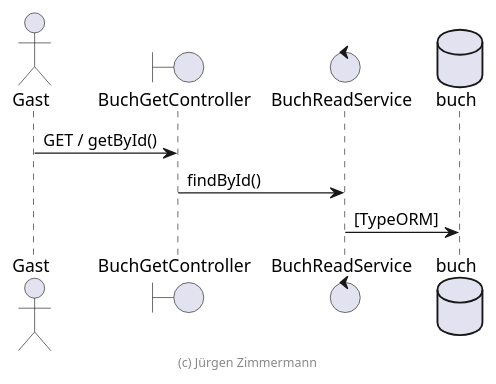
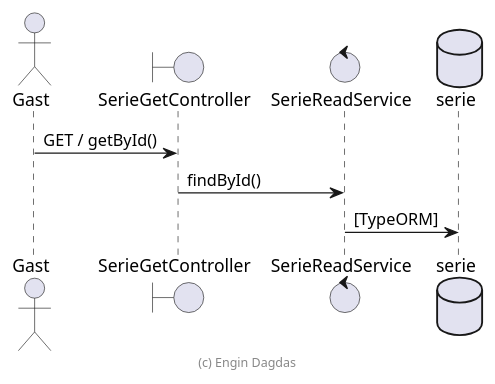
The diagram in .extras/doc/projekthandbuch/sequenzdiagramm.plantuml (MidnightBlue25/serie), drawn with PlantUML before and after one commit. The commit also changed 12 other files, not shown here.

Commit message:
Add plantuml files for Serie

```diff
--- a/.extras/doc/projekthandbuch/sequenzdiagramm.plantuml
+++ b/.extras/doc/projekthandbuch/sequenzdiagramm.plantuml
@@ -18,15 +18,15 @@
 @startuml Sequenzdiagramm
 
 actor Gast
 
-boundary BuchGetController
-control BuchReadService
-database buch
+boundary SerieGetController
+control SerieReadService
+database serie
 
-Gast -> BuchGetController : GET / getById()
-BuchGetController -> BuchReadService: findById()
-BuchReadService -> buch: [TypeORM]
+Gast -> SerieGetController : GET / getById()
+SerieGetController -> SerieReadService: findById()
+SerieReadService -> serie: [TypeORM]
 
-footer (c) Jürgen Zimmermann
+footer (c) Engin Dagdas
 
 @enduml
```
